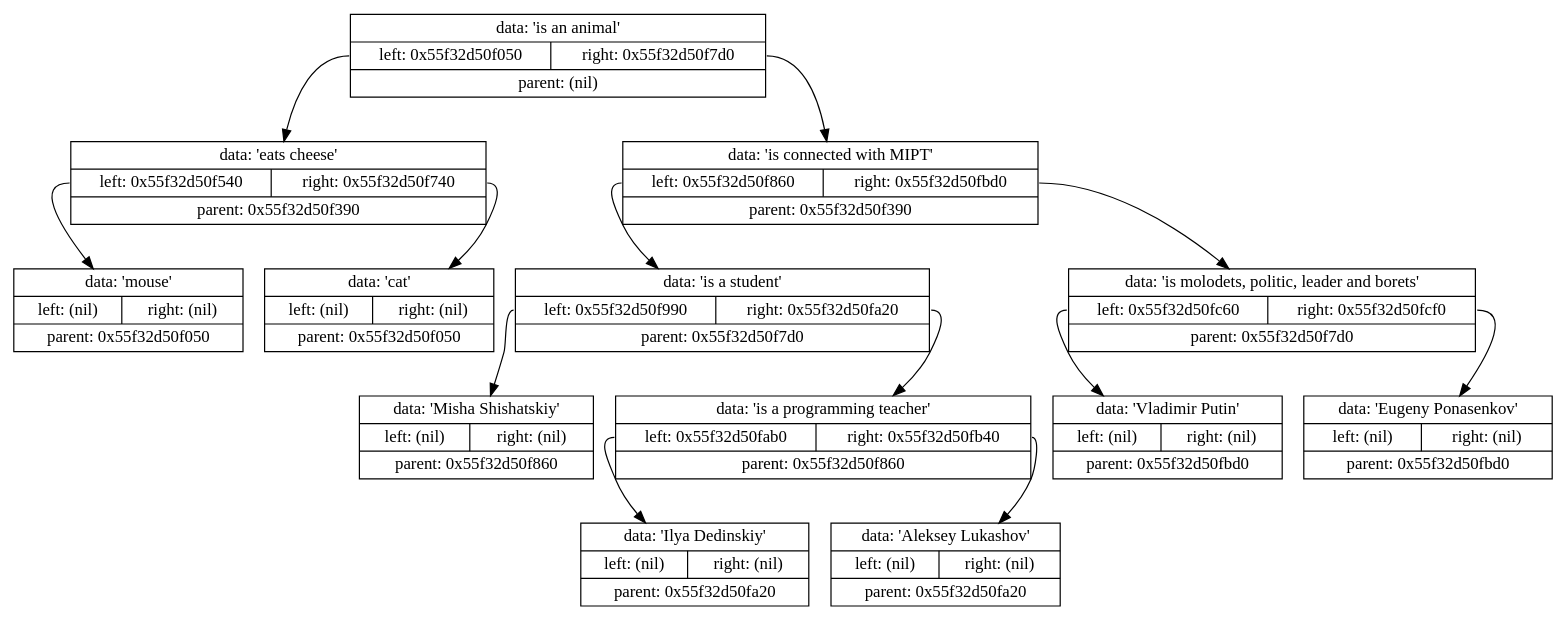
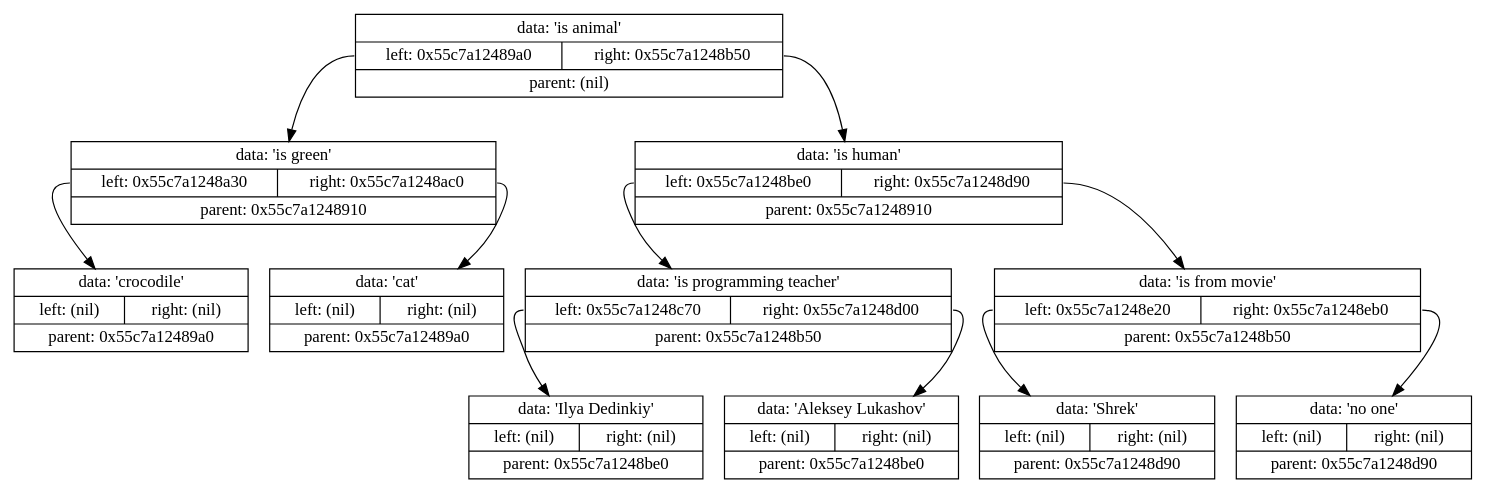
Before and after one commit to Shishqa/MIPT_1sem_C_lang: the diagram in Projects/7.Akinator/tmp/tempautogeneratedlog.gv, drawn with Graphviz. The commit also changed 8 other files, not shown here.

```diff
--- a/Projects/7.Akinator/tmp/tempautogeneratedlog.gv
+++ b/Projects/7.Akinator/tmp/tempautogeneratedlog.gv
@@ -1,29 +1,25 @@
 digraph dump
 {
-	node0x55f32d50f390 [shape = "record", label = "{<f1>data: 'is an animal'|{<f2>left: 0x55f32d50f050|<f3>right: 0x55f32d50f7d0}|<f4>parent: (nil)}"];
-	node0x55f32d50f050 [shape = "record", label = "{<f1>data: 'eats cheese'|{<f2>left: 0x55f32d50f540|<f3>right: 0x55f32d50f740}|<f4>parent: 0x55f32d50f390}"];
-	node0x55f32d50f540 [shape = "record", label = "{<f1>data: 'mouse'|{<f2>left: (nil)|<f3>right: (nil)}|<f4>parent: 0x55f32d50f050}"];
-	node0x55f32d50f050:f2 -> node0x55f32d50f540
-	node0x55f32d50f740 [shape = "record", label = "{<f1>data: 'cat'|{<f2>left: (nil)|<f3>right: (nil)}|<f4>parent: 0x55f32d50f050}"];
-	node0x55f32d50f050:f3 -> node0x55f32d50f740
-	node0x55f32d50f390:f2 -> node0x55f32d50f050
-	node0x55f32d50f7d0 [shape = "record", label = "{<f1>data: 'is connected with MIPT'|{<f2>left: 0x55f32d50f860|<f3>right: 0x55f32d50fbd0}|<f4>parent: 0x55f32d50f390}"];
-	node0x55f32d50f860 [shape = "record", label = "{<f1>data: 'is a student'|{<f2>left: 0x55f32d50f990|<f3>right: 0x55f32d50fa20}|<f4>parent: 0x55f32d50f7d0}"];
-	node0x55f32d50f990 [shape = "record", label = "{<f1>data: 'Misha Shishatskiy'|{<f2>left: (nil)|<f3>right: (nil)}|<f4>parent: 0x55f32d50f860}"];
-	node0x55f32d50f860:f2 -> node0x55f32d50f990
-	node0x55f32d50fa20 [shape = "record", label = "{<f1>data: 'is a programming teacher'|{<f2>left: 0x55f32d50fab0|<f3>right: 0x55f32d50fb40}|<f4>parent: 0x55f32d50f860}"];
-	node0x55f32d50fab0 [shape = "record", label = "{<f1>data: 'Ilya Dedinskiy'|{<f2>left: (nil)|<f3>right: (nil)}|<f4>parent: 0x55f32d50fa20}"];
-	node0x55f32d50fa20:f2 -> node0x55f32d50fab0
-	node0x55f32d50fb40 [shape = "record", label = "{<f1>data: 'Aleksey Lukashov'|{<f2>left: (nil)|<f3>right: (nil)}|<f4>parent: 0x55f32d50fa20}"];
-	node0x55f32d50fa20:f3 -> node0x55f32d50fb40
-	node0x55f32d50f860:f3 -> node0x55f32d50fa20
-	node0x55f32d50f7d0:f2 -> node0x55f32d50f860
-	node0x55f32d50fbd0 [shape = "record", label = "{<f1>data: 'is molodets, politic, leader and borets'|{<f2>left: 0x55f32d50fc60|<f3>right: 0x55f32d50fcf0}|<f4>parent: 0x55f32d50f7d0}"];
-	node0x55f32d50fc60 [shape = "record", label = "{<f1>data: 'Vladimir Putin'|{<f2>left: (nil)|<f3>right: (nil)}|<f4>parent: 0x55f32d50fbd0}"];
-	node0x55f32d50fbd0:f2 -> node0x55f32d50fc60
-	node0x55f32d50fcf0 [shape = "record", label = "{<f1>data: 'Eugeny Ponasenkov'|{<f2>left: (nil)|<f3>right: (nil)}|<f4>parent: 0x55f32d50fbd0}"];
-	node0x55f32d50fbd0:f3 -> node0x55f32d50fcf0
-	node0x55f32d50f7d0:f3 -> node0x55f32d50fbd0
-	node0x55f32d50f390:f3 -> node0x55f32d50f7d0
+	node0x55c7a1248910 [shape = "record", label = "{<f1>data: 'is animal'|{<f2>left: 0x55c7a12489a0|<f3>right: 0x55c7a1248b50}|<f4>parent: (nil)}"];
+	node0x55c7a12489a0 [shape = "record", label = "{<f1>data: 'is green'|{<f2>left: 0x55c7a1248a30|<f3>right: 0x55c7a1248ac0}|<f4>parent: 0x55c7a1248910}"];
+	node0x55c7a1248a30 [shape = "record", label = "{<f1>data: 'crocodile'|{<f2>left: (nil)|<f3>right: (nil)}|<f4>parent: 0x55c7a12489a0}"];
+	node0x55c7a12489a0:f2 -> node0x55c7a1248a30
+	node0x55c7a1248ac0 [shape = "record", label = "{<f1>data: 'cat'|{<f2>left: (nil)|<f3>right: (nil)}|<f4>parent: 0x55c7a12489a0}"];
+	node0x55c7a12489a0:f3 -> node0x55c7a1248ac0
+	node0x55c7a1248910:f2 -> node0x55c7a12489a0
+	node0x55c7a1248b50 [shape = "record", label = "{<f1>data: 'is human'|{<f2>left: 0x55c7a1248be0|<f3>right: 0x55c7a1248d90}|<f4>parent: 0x55c7a1248910}"];
+	node0x55c7a1248be0 [shape = "record", label = "{<f1>data: 'is programming teacher'|{<f2>left: 0x55c7a1248c70|<f3>right: 0x55c7a1248d00}|<f4>parent: 0x55c7a1248b50}"];
+	node0x55c7a1248c70 [shape = "record", label = "{<f1>data: 'Ilya Dedinkiy'|{<f2>left: (nil)|<f3>right: (nil)}|<f4>parent: 0x55c7a1248be0}"];
+	node0x55c7a1248be0:f2 -> node0x55c7a1248c70
+	node0x55c7a1248d00 [shape = "record", label = "{<f1>data: 'Aleksey Lukashov'|{<f2>left: (nil)|<f3>right: (nil)}|<f4>parent: 0x55c7a1248be0}"];
+	node0x55c7a1248be0:f3 -> node0x55c7a1248d00
+	node0x55c7a1248b50:f2 -> node0x55c7a1248be0
+	node0x55c7a1248d90 [shape = "record", label = "{<f1>data: 'is from movie'|{<f2>left: 0x55c7a1248e20|<f3>right: 0x55c7a1248eb0}|<f4>parent: 0x55c7a1248b50}"];
+	node0x55c7a1248e20 [shape = "record", label = "{<f1>data: 'Shrek'|{<f2>left: (nil)|<f3>right: (nil)}|<f4>parent: 0x55c7a1248d90}"];
+	node0x55c7a1248d90:f2 -> node0x55c7a1248e20
+	node0x55c7a1248eb0 [shape = "record", label = "{<f1>data: 'no one'|{<f2>left: (nil)|<f3>right: (nil)}|<f4>parent: 0x55c7a1248d90}"];
+	node0x55c7a1248d90:f3 -> node0x55c7a1248eb0
+	node0x55c7a1248b50:f3 -> node0x55c7a1248d90
+	node0x55c7a1248910:f3 -> node0x55c7a1248b50
 
 }
```
